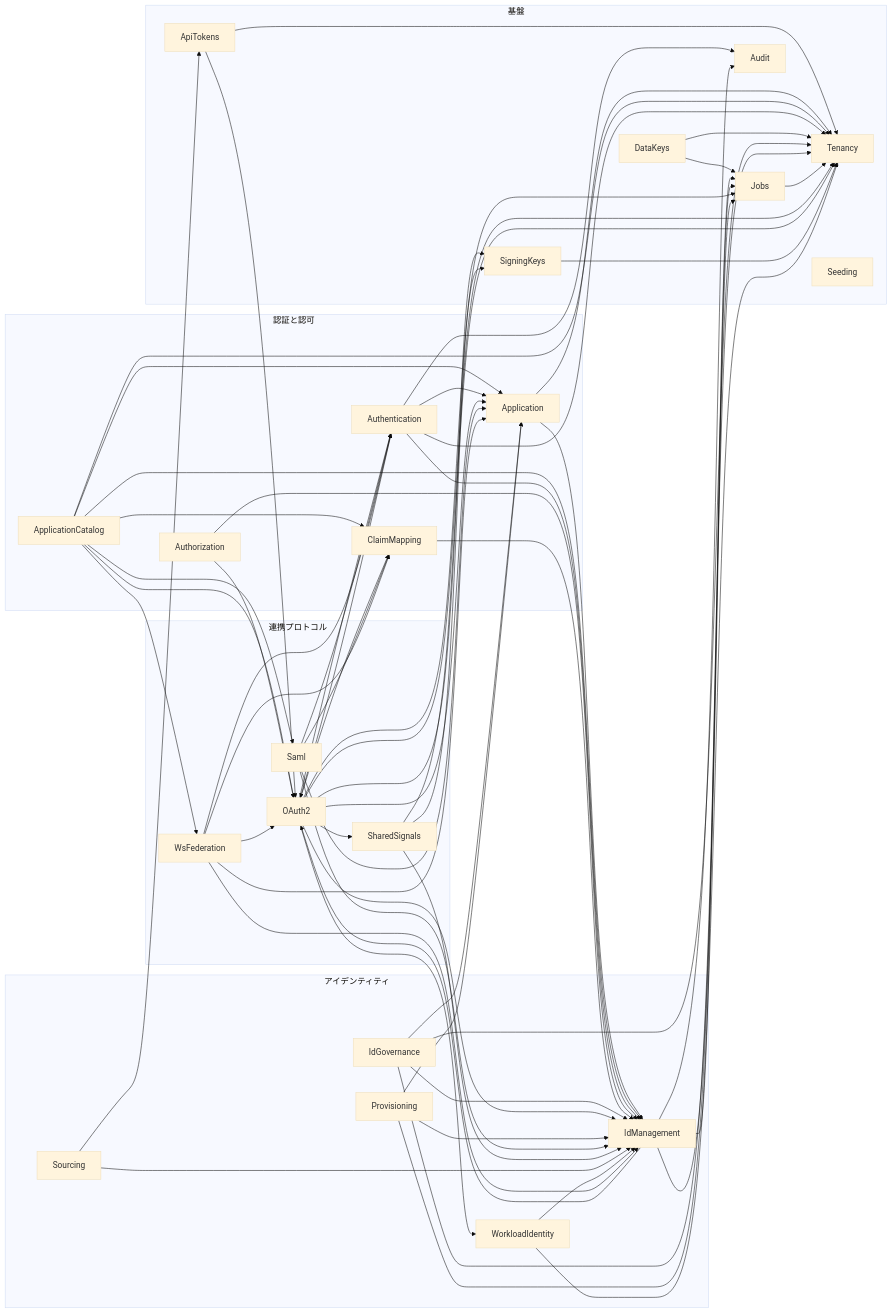
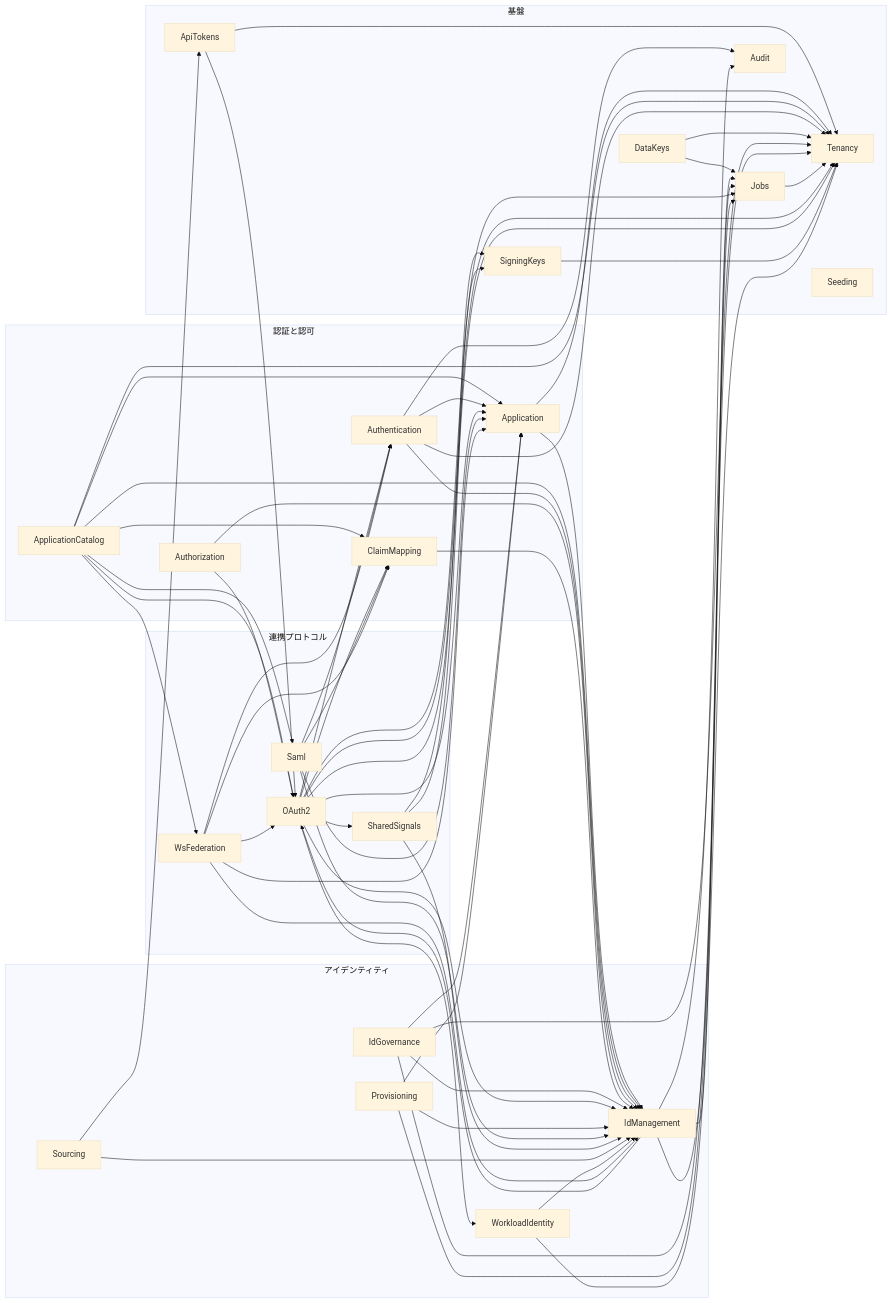
One commit to ambi/idmagic changed the diagram in docs/modules/README.md. Above: the diagram before and after it, drawn with Mermaid (base theme). The commit also changed 14 other files, not shown here.

```diff
--- a/docs/modules/README.md
+++ b/docs/modules/README.md
@@ -142,7 +142,6 @@
   Authentication --> Application
   Authentication --> Audit
   Authentication --> IdManagement
-  Authentication --> OAuth2
   Authentication --> Tenancy
   Authorization --> IdManagement
   Authorization --> OAuth2
```
